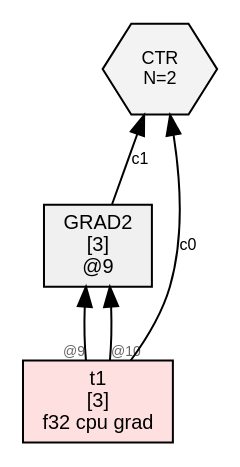
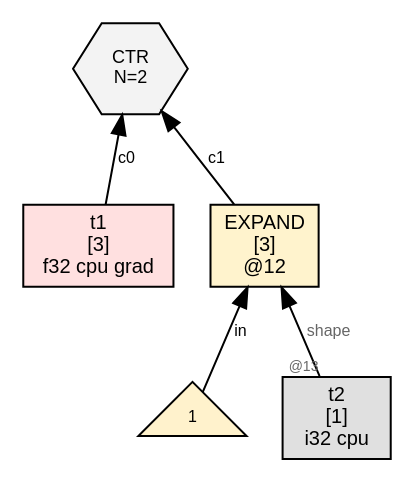
One commit to sw1sh/TinyHVM changed the diagram in wl/examples/thvm_graphs/grad_rules/gradu_identity/thvm_2_post_sweep.dot. Above: the diagram before and after it, drawn with Graphviz. The commit also changed 97 other files, not shown here.

```diff
--- a/wl/examples/thvm_graphs/grad_rules/gradu_identity/thvm_2_post_sweep.dot
+++ b/wl/examples/thvm_graphs/grad_rules/gradu_identity/thvm_2_post_sweep.dot
@@ -1,13 +1,15 @@
 digraph G {
   rankdir=BT;
   node [fontname="Helvetica", fontsize=10, style=filled, shape=box, margin="0.1,0.05"];
   edge [fontsize=8, fontname="Helvetica"];
 
-  n9 [label="GRAD2\n[3]\n@9", shape=box, fillcolor="#f0f0f0"];
+  n12 [label="EXPAND\n[3]\n@12", shape=box, fillcolor="#fff3cd"];
+  num12_0 [label="1",shape=triangle,fillcolor="#fff2cc",fontsize=8];
+  num12_0 -> n12 [label="in"];
+  t2 [label="t2\n[1]\ni32 cpu",shape=box,fillcolor="#e0e0e0"];
+  t2 -> n12 [label="shape",taillabel="@13",labelfontsize=7,fontcolor="#666666"];
+  ctr6 [label="CTR\nN=2", shape=hexagon, fillcolor="#f3f3f3", fontsize=9];
   t1 [label="t1\n[3]\nf32 cpu grad",shape=box,fillcolor="#ffe0e0"];
-  t1 -> n9 [label="",taillabel="@9",labelfontsize=7,fontcolor="#666666"];
-  t1 -> n9 [label="",taillabel="@10",labelfontsize=7,fontcolor="#666666"];
-  ctr6 [label="CTR\nN=2", shape=hexagon, fillcolor="#f3f3f3", fontsize=9];
   t1 -> ctr6 [label="c0"];
-  n9 -> ctr6 [label="c1"];
+  n12 -> ctr6 [label="c1"];
 }
```
